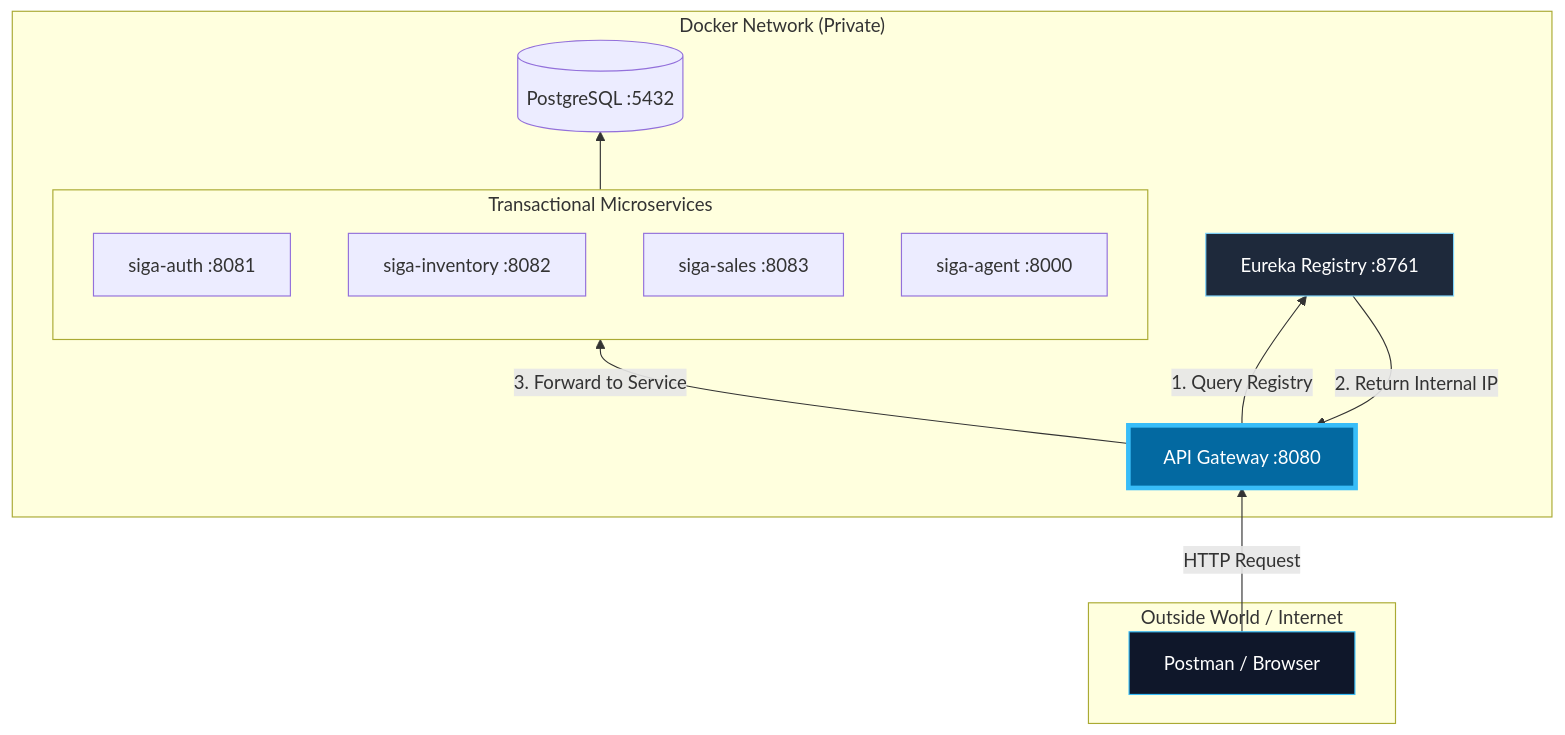
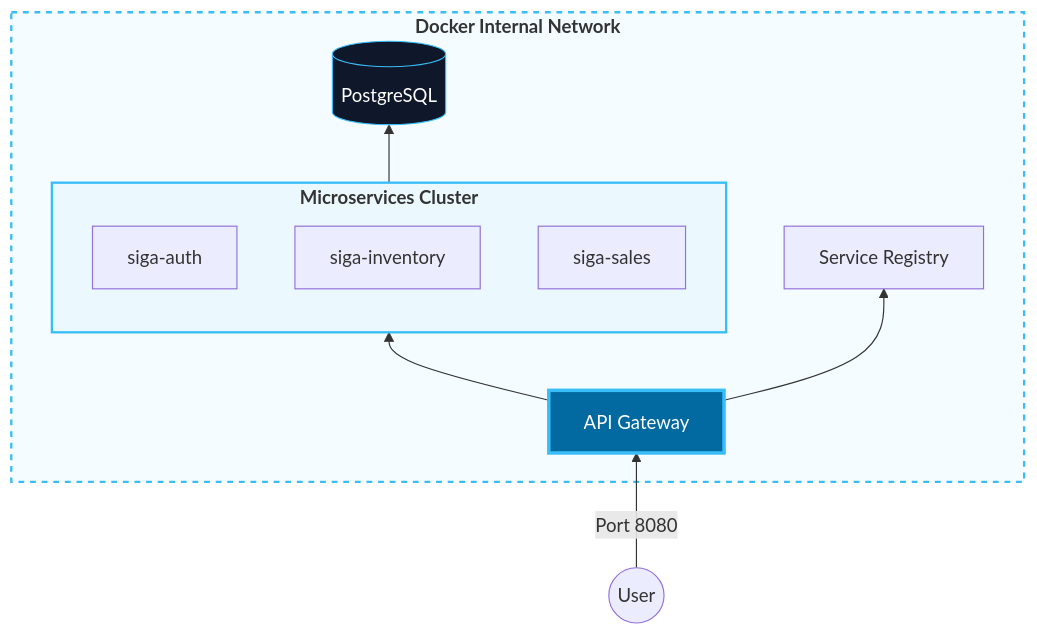
Before and after one commit to HecAguilaV/SIGA: the first of 2 diagrams in docs/technical-room/en/05-PHYSICAL-VIEW.mdx, drawn with Mermaid. The commit also changed other lines of this file and 10 other files, not shown here.

Commit message:
docs(tech-room): finalize 4+1 view model with high-fidelity diagrams and semantic monorepo sync

````diff
--- a/docs/technical-room/en/05-PHYSICAL-VIEW.mdx
+++ b/docs/technical-room/en/05-PHYSICAL-VIEW.mdx
@@ -11,30 +9,26 @@
 ```mermaid
 graph BT
-    subgraph Exterior [Outside World / Internet]
-        Client[Postman / Browser]
+    subgraph Net [<b>Docker Internal Network</b>]
+        GT[API Gateway]
+        Eureka[Service Registry]
+        
+        subgraph Cluster [<b>Microservices Cluster</b>]
+            S1[siga-auth]
+            S2[siga-inventory]
+            S3[siga-sales]
+        end
+        
+        DB[(PostgreSQL)]
     end
 
-    subgraph "Docker Network (Private)"
-        GT[API Gateway :8080]
-        Eureka[Eureka Registry :8761]
-        
-        subgraph Cluster [Transactional Microservices]
-            Auth[siga-auth :8081]
-            Inv[siga-inventory :8082]
-            Sales[siga-sales :8083]
-            Agent[siga-agent :8000]
-        end
-        
-        DB[(PostgreSQL :5432)]
-    end
-
-    Client -- HTTP Request --> GT
-    GT -- 1. Query Registry --> Eureka
-    Eureka -- 2. Return Internal IP --> GT
-    GT -- 3. Forward to Service --> Cluster
+    User((User)) -->|Port 8080| GT
+    GT --> Eureka
+    GT --> Cluster
     Cluster --> DB
 
-    style Client fill:#0f172a,stroke:#38bdf8,color:#fff
-    style GT fill:#0369a1,stroke:#38bdf8,stroke-width:4px,color:#fff
-    style Eureka fill:#1e293b,stroke:#7dd3fc,color:#fff
+    %% Glass-Tech Styles
+    style Net fill:#0ea5e90a,stroke:#38bdf8,stroke-width:2px,stroke-dasharray: 5 5
+    style Cluster fill:#0ea5e90a,stroke:#38bdf8,stroke-width:2px
+    style GT fill:#0369a1,stroke:#38bdf8,stroke-width:3px,color:#fff
+    style DB fill:#0f172a,stroke:#38bdf8,color:#fff
 ```
````
